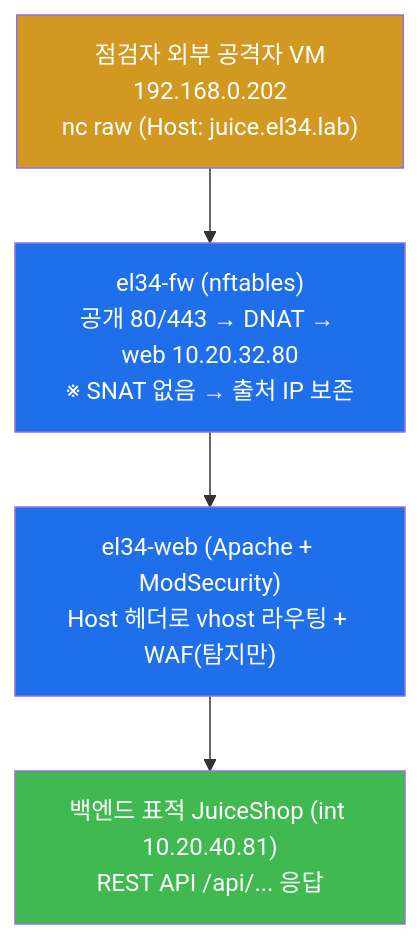
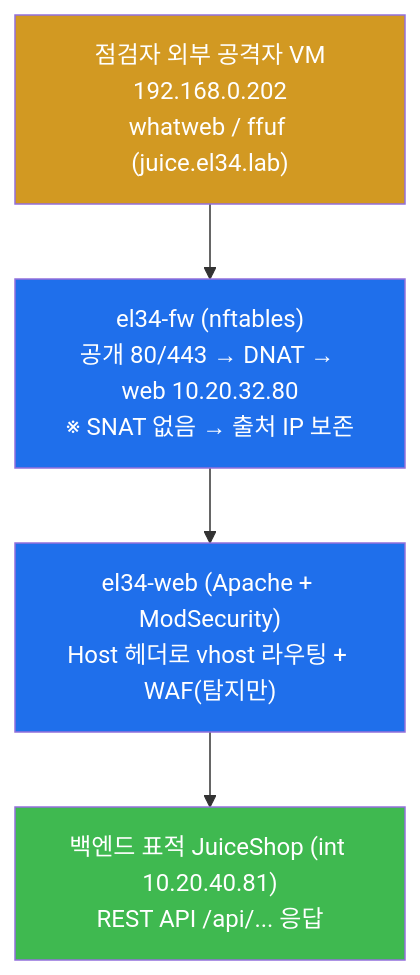
The sixth of 9 diagrams in contents/training/web-vuln/lecture_week12.md (mrgrit/tw2), drawn with Mermaid before and after one commit. The commit also changed other lines of this file and 25 other files, not shown here.

First line of the commit message:
fix(web-vuln): nc(raw HTTP) → 진짜 공격도구 (sqlmap/dalfox/ffuf/nikto/nuclei/hydra/whatweb)

````diff
--- a/contents/training/web-vuln/lecture_week12.md
+++ b/contents/training/web-vuln/lecture_week12.md
@@ -385,12 +386,12 @@
 ```mermaid
 graph TD
-    ATK["점검자 외부 공격자 VM<br/>192.168.0.202<br/>nc raw (Host: juice.el34.lab)"]
+    ATK["점검자 외부 공격자 VM<br/>192.168.0.202<br/>whatweb / ffuf (juice.el34.lab)"]
     FW["el34-fw (nftables)<br/>공개 80/443 → DNAT → web 10.20.32.80<br/>※ SNAT 없음 → 출처 IP 보존"]
     WEB["el34-web (Apache + ModSecurity)<br/>Host 헤더로 vhost 라우팅 + WAF(탐지만)"]
     APP["백엔드 표적 JuiceShop (int 10.20.40.81)<br/>REST API /api/... 응답"]
     ATK --> FW --> WEB --> APP
     style ATK fill:#d29922,color:#fff
     style FW fill:#1f6feb,color:#fff
     style WEB fill:#1f6feb,color:#fff
     style APP fill:#3fb950,color:#fff
 ```
````
